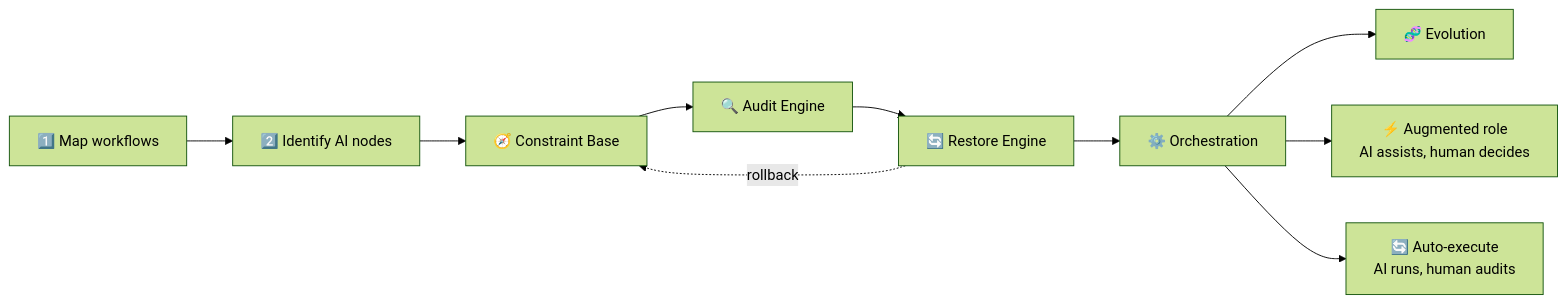
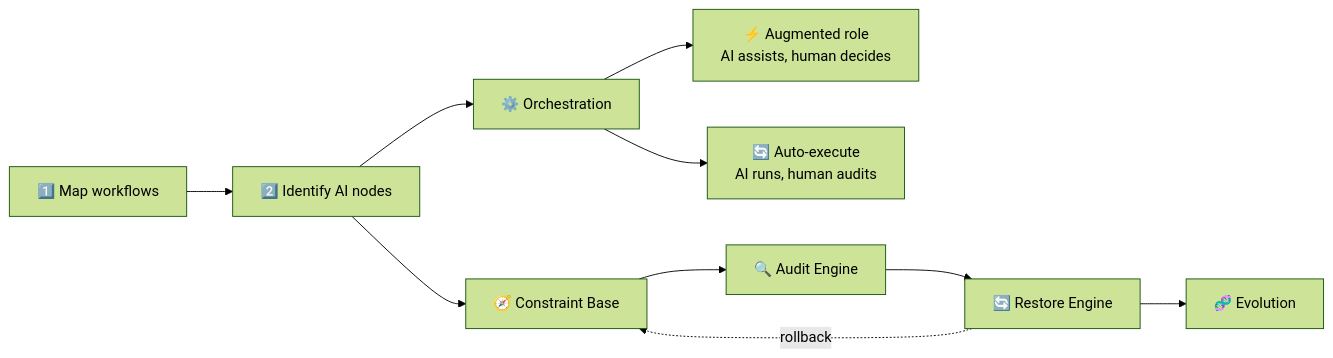
One commit to KongFangXun/sofagent changed the first of 5 diagrams in README.en.md. Above: the diagram before and after it, drawn with Mermaid (forest theme). The commit also changed 1 other file, not shown here.

Commit message:
docs: FDE Mermaid逻辑修正——识别节点后编排引擎先行，约束/审计/回溯/进化环绕全程

````diff
--- a/README.en.md
+++ b/README.en.md
@@ -77,11 +77,10 @@
 ```mermaid
 graph LR
     1["1️⃣ Map workflows"] --> 2["2️⃣ Identify AI nodes"]
-
-    2 --> E["🧭 Constraint Base"]
-    E --> F["🔍 Audit Engine"] --> G["🔄 Restore Engine"] --> H["⚙️ Orchestration"] --> I["🧬 Evolution"]
-
+    2 --> H["⚙️ Orchestration"]
     H --> J["⚡ Augmented role<br/>AI assists, human decides"]
     H --> K["🔄 Auto-execute<br/>AI runs, human audits"]
+
+    2 --> E["🧭 Constraint Base"] --> F["🔍 Audit Engine"] --> G["🔄 Restore Engine"] --> I["🧬 Evolution"]
     G -.-> |rollback| E
 ```
````
